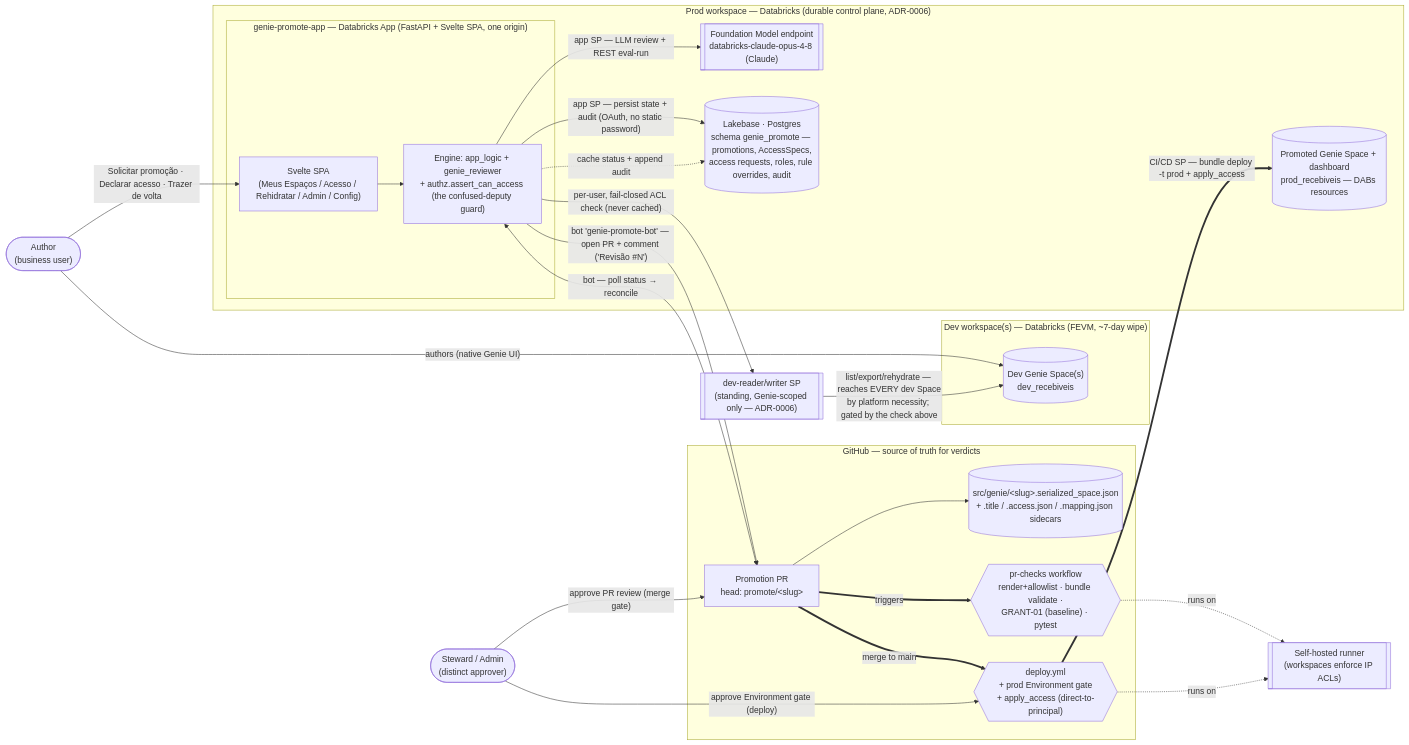
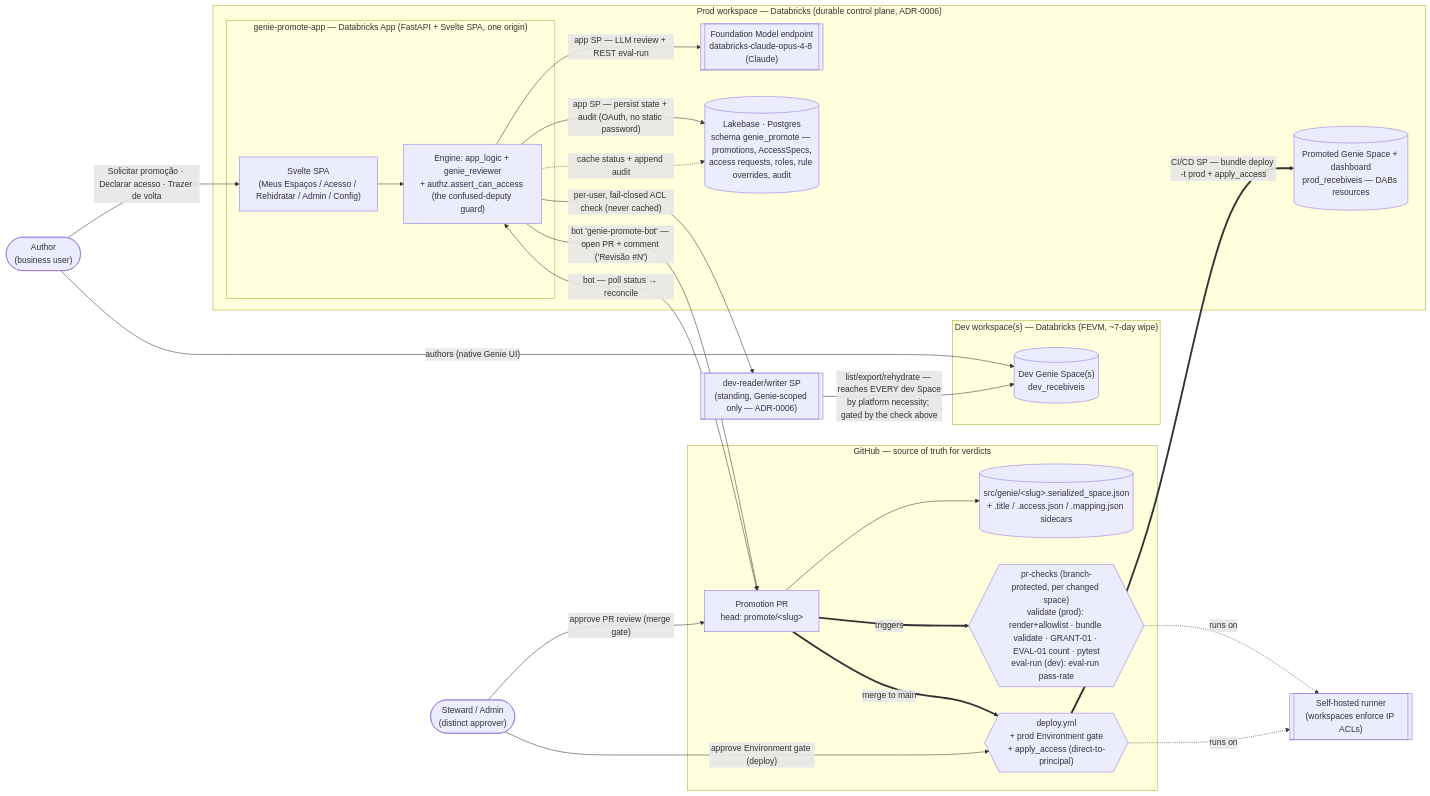
One commit to malcolndandaro/genie-promote-cicd changed the first of 2 diagrams in README.md. Above: the diagram before and after it, drawn with Mermaid. The commit also changed other lines of this file and 1 other file, not shown here.

First line of the commit message:
docs: update README + SETUP for the merge-blocking eval gates + Knowledge Assistants

````diff
--- a/README.md
+++ b/README.md
@@ -17,49 +17,49 @@
 ```mermaid
 flowchart LR
   author(["Author<br/>(business user)"])
   steward(["Steward / Admin<br/>(distinct approver)"])
 
   subgraph prod["Prod workspace — Databricks (durable control plane, ADR-0006)"]
     fm[["Foundation Model endpoint<br/>databricks-claude-opus-4-8 (Claude)"]]
     lakebase[("Lakebase · Postgres<br/>schema genie_promote — promotions, AccessSpecs,<br/>access requests, roles, rule overrides, audit")]
     subgraph app["genie-promote-app — Databricks App (FastAPI + Svelte SPA, one origin)"]
       spa["Svelte SPA<br/>(Meus Espaços / Acesso / Rehidratar / Admin / Config)"]
       engine["Engine: app_logic + genie_reviewer<br/>+ authz.assert_can_access (the confused-deputy guard)"]
     end
     prodres[("Promoted Genie Space + dashboard<br/>prod_recebiveis — DABs resources")]
   end
 
   subgraph devws["Dev workspace(s) — Databricks (FEVM, ~7-day wipe)"]
     genie[("Dev Genie Space(s)<br/>dev_recebiveis")]
   end
 
   devsp[["dev-reader/writer SP<br/>(standing, Genie-scoped only — ADR-0006)"]]
 
   subgraph gh["GitHub — source of truth for verdicts"]
     src[("src/genie/&lt;slug&gt;.serialized_space.json<br/>+ .title / .access.json / .mapping.json sidecars")]
     pr["Promotion PR<br/>head: promote/&lt;slug&gt;"]
-    checks{{"pr-checks workflow<br/>render+allowlist · bundle validate ·<br/>GRANT-01 (baseline) · pytest"}}
+    checks{{"pr-checks (branch-protected, per changed space)<br/>validate (prod): render+allowlist · bundle validate · GRANT-01 · EVAL-01 count · pytest<br/>eval-run (dev): eval-run pass-rate"}}
     deploy{{"deploy.yml<br/>+ prod Environment gate<br/>+ apply_access (direct-to-principal)"}}
   end
 
   runner[["Self-hosted runner<br/>(workspaces enforce IP ACLs)"]]
 
   author -->|"authors (native Genie UI)"| genie
   author -->|"Solicitar promoção · Declarar acesso · Trazer de volta"| spa
   spa --> engine
   engine -->|"per-user, fail-closed ACL check (never cached)"| devsp
   devsp -->|"list/export/rehydrate — reaches EVERY dev Space<br/>by platform necessity; gated by the check above"| genie
   engine -->|"app SP — LLM review + REST eval-run"| fm
   engine -->|"app SP — persist state + audit (OAuth, no static password)"| lakebase
   engine -->|"bot 'genie-promote-bot' — open PR + comment ('Revisão #N')"| pr
   pr --> src
   pr ==>|triggers| checks
   checks -.->|runs on| runner
   steward -->|"approve PR review (merge gate)"| pr
   pr ==>|"merge to main"| deploy
   steward -->|"approve Environment gate (deploy)"| deploy
   deploy -.->|runs on| runner
   deploy ==>|"CI/CD SP — bundle deploy -t prod + apply_access"| prodres
   engine <-->|"bot — poll status → reconcile"| pr
   engine -.->|"cache status + append audit"| lakebase
 ```
````
